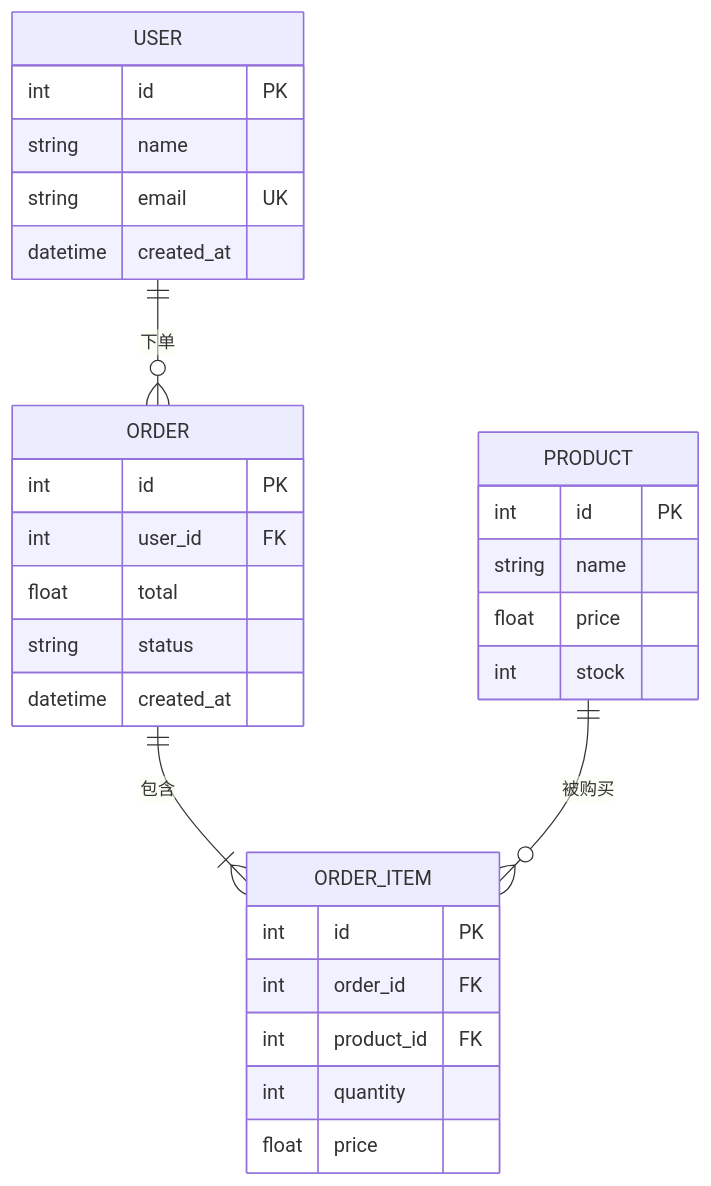
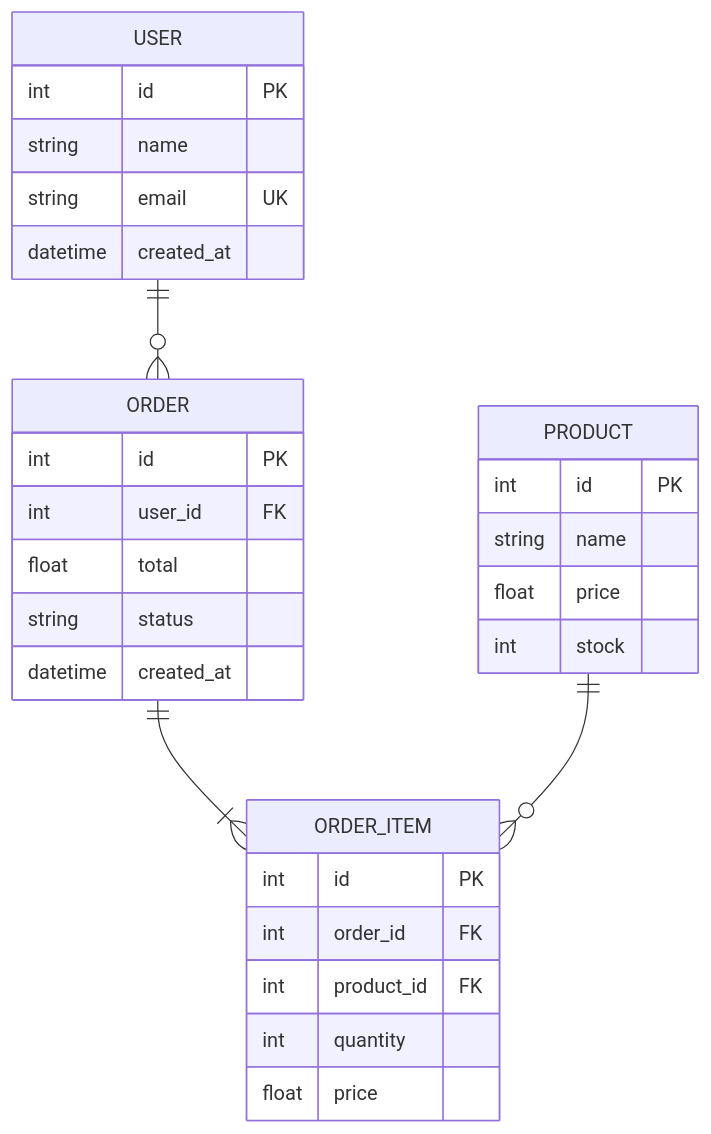
The seventh of 15 diagrams in skills/charts/references/mermaid.md (origin-labs-ai/xee-code), drawn with Mermaid before and after one commit. The commit also changed other lines of this file and 6527 other files, not shown here.

````diff
--- a/skills/charts/references/mermaid.md
+++ b/skills/charts/references/mermaid.md
@@ -427,33 +427,33 @@
 ```mermaid
 erDiagram
     USER {
         int id PK
         string name
         string email UK
         datetime created_at
     }
     ORDER {
         int id PK
         int user_id FK
         float total
         string status
         datetime created_at
     }
     ORDER_ITEM {
         int id PK
         int order_id FK
         int product_id FK
         int quantity
         float price
     }
     PRODUCT {
         int id PK
         string name
         float price
         int stock
     }
 
-    USER ||--o{ ORDER : "下单"
-    ORDER ||--|{ ORDER_ITEM : "包含"
-    PRODUCT ||--o{ ORDER_ITEM : "被购买"
+    USER ||--o{ ORDER : ""
+    ORDER ||--|{ ORDER_ITEM : ""
+    PRODUCT ||--o{ ORDER_ITEM : ""
 ```
````
